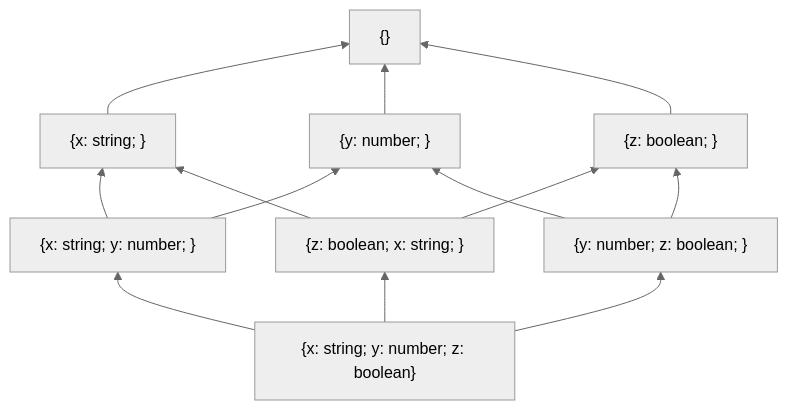
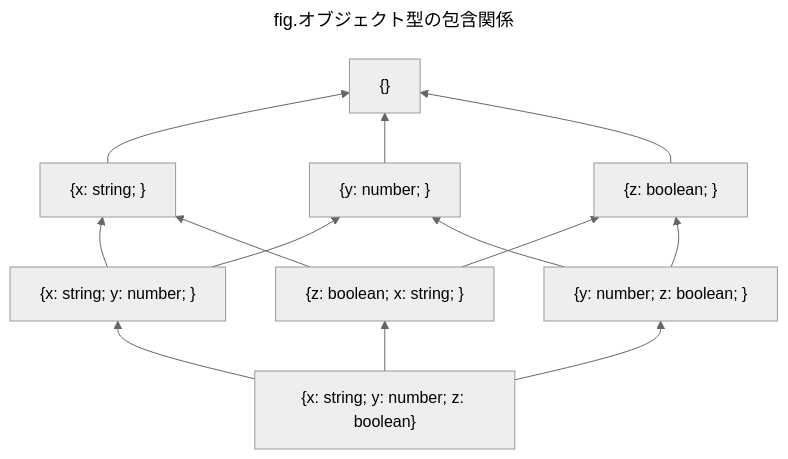
Before and after one commit to yo-goto/zenn-public-repo: the eighth of 21 diagrams in articles/ts-algebraic-type-structure.md, drawn with Mermaid (neutral theme). The commit also changed other lines of this file, not shown here.

````diff
--- a/articles/ts-algebraic-type-structure.md
+++ b/articles/ts-algebraic-type-structure.md
@@ -664,19 +841,22 @@
 ```mermaid
+---
+title: fig.オブジェクト型の包含関係
+---
 graph BT
   T["{}"]
   X["{x: string; }"]
   Y["{y: number; }"]
   Z["{z: boolean; }"]
   XY["{x: string; y: number; }"]
   ZX["{z: boolean; x: string; }"]
   YZ["{y: number; z: boolean; }"]
   B["{x: string; y: number; z: boolean}"]
   B --> XY & YZ & ZX
   XY --> X
   XY --> Y
   ZX --> Z
   YZ --> Y
   ZX --> X
   YZ --> Z
   X & Y & Z --> T
 ```
````
